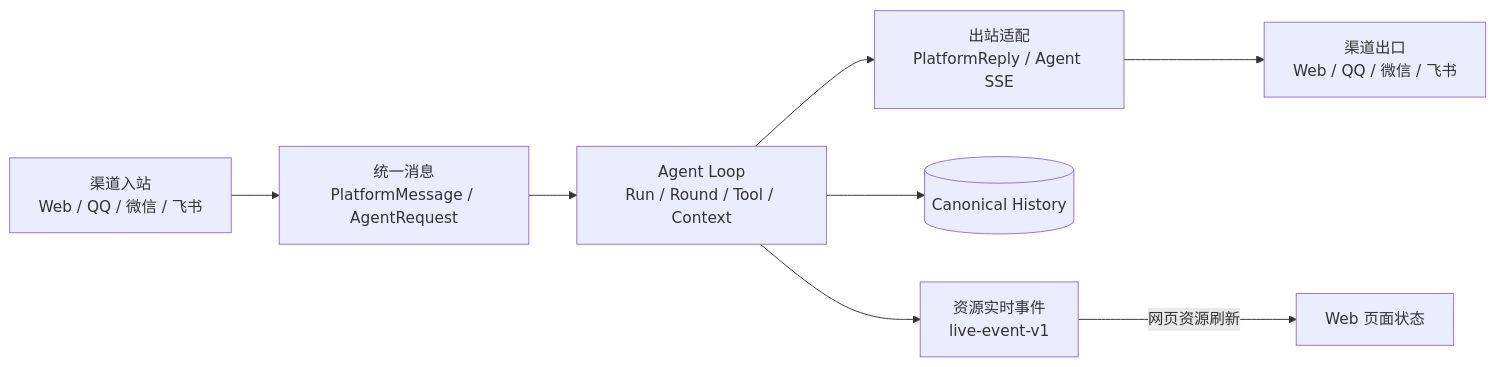
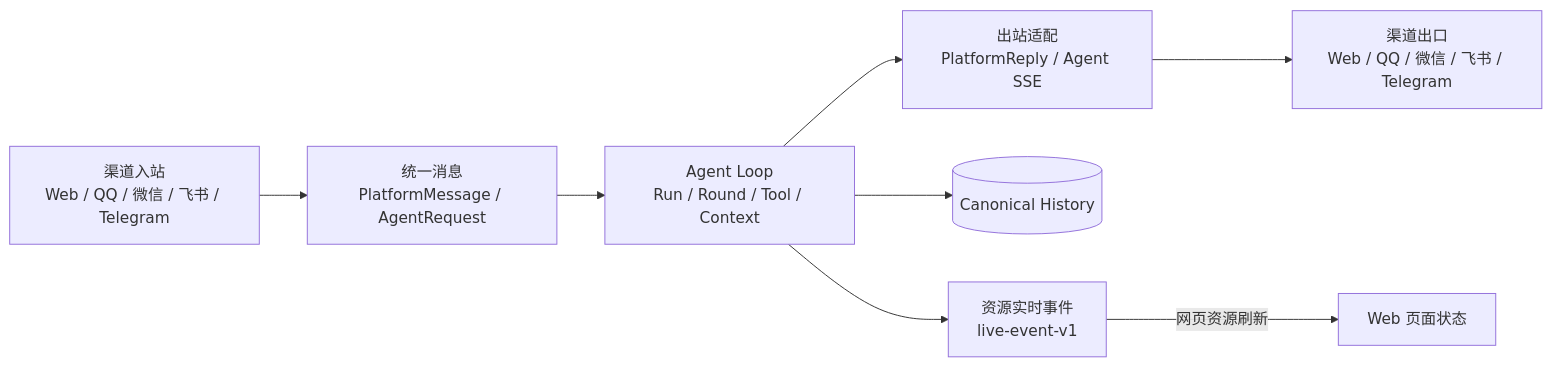
The diagram in docs/agent/08-CHANNELS.md (Coffeiz/Gugu-web), drawn with Mermaid before and after one commit. The commit also changed other lines of this file and 304 other files, not shown here.

````diff
--- a/docs/agent/08-CHANNELS.md
+++ b/docs/agent/08-CHANNELS.md
@@ -52,16 +53,16 @@
 ```mermaid
 flowchart LR
-    IN[渠道入站<br/>Web / QQ / 微信 / 飞书]
+    IN[渠道入站<br/>Web / QQ / 微信 / 飞书 / Telegram]
     MSG[统一消息<br/>PlatformMessage / AgentRequest]
     AGENT[Agent Loop<br/>Run / Round / Tool / Context]
     OUT[出站适配<br/>PlatformReply / Agent SSE]
     HISTORY[(Canonical History)]
     EVENTS[资源实时事件<br/>live-event-v1]
-    CHANNELS[渠道出口<br/>Web / QQ / 微信 / 飞书]
+    CHANNELS[渠道出口<br/>Web / QQ / 微信 / 飞书 / Telegram]
     WEBUI[Web 页面状态]
 
     IN --> MSG --> AGENT --> OUT --> CHANNELS
     AGENT --> HISTORY
     AGENT --> EVENTS
     EVENTS -->|网页资源刷新| WEBUI
 ```
````
